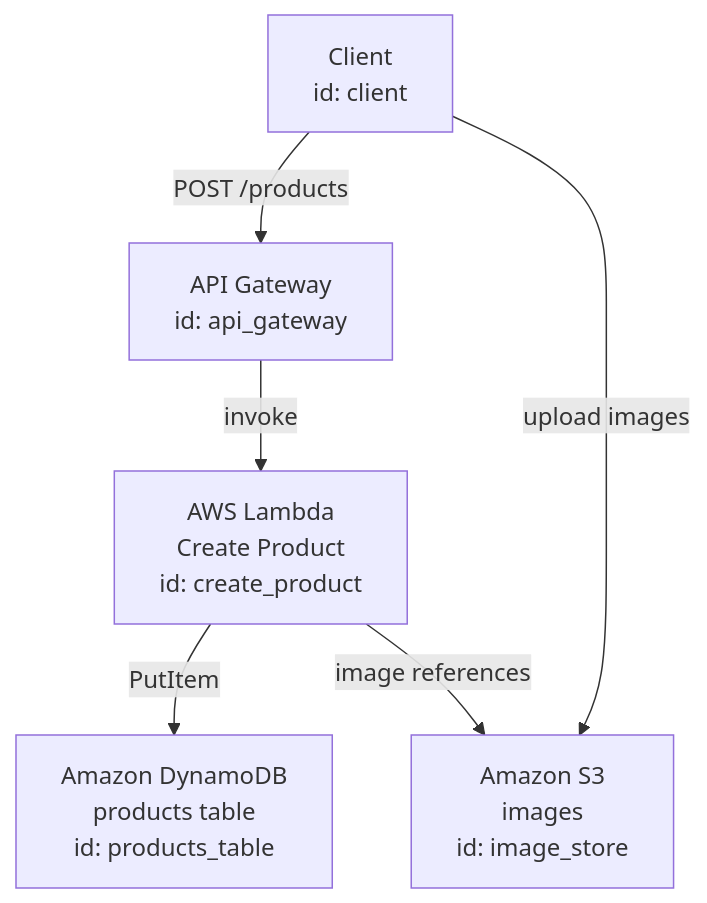
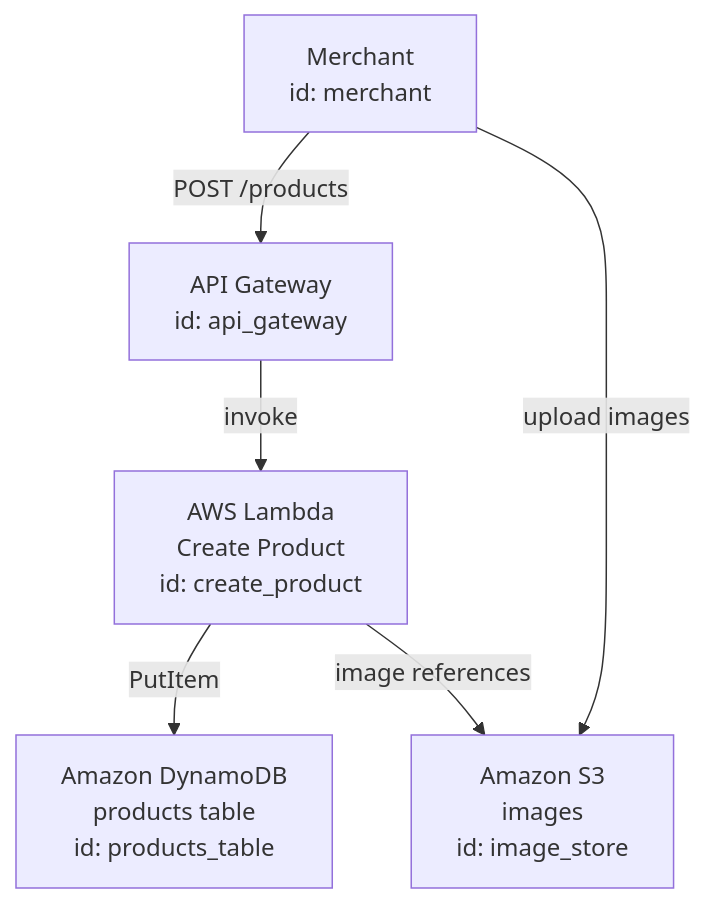
One commit to yamid-granda/aws-marketplace-study changed the diagram in diagrams/00-system.mmd. Above: the diagram before and after it, drawn with Mermaid. The commit also changed 3 other files, not shown here.

First line of the commit message:
diagrams: rename the caller from Client to Merchant

```diff
--- a/diagrams/00-system.mmd
+++ b/diagrams/00-system.mmd
@@ -1,31 +1,31 @@
 %% AWS Marketplace — system design flow.
 %% Ref: docs/system.md -> "Specified"
 %% 
 %% Create Product is the only feature so far, so the whole system design fits
 %% one diagram. When features are added, extend this file and split only once
 %% it stops being legible — see diagrams/README.md -> "When to split".
 %% 
 %% Provenance: solid = specified by the owner. Every node here is specified.
 %% If a future feature adds an undecided part, mark it with
 %%   classDef notspecified stroke-width:2px,stroke:#b45309,stroke-dasharray: 2 2
 %%   class that_node notspecified
 %% so a guess can never render as solid. See diagrams/README.md -> "Provenance".
 
 flowchart TB
 
-  client["Client<br/>id: client"]
+  merchant["Merchant<br/>id: merchant"]
 
   api_gateway["API Gateway<br/>id: api_gateway"]
 
   create_product["AWS Lambda<br/>Create Product<br/>id: create_product"]
 
   products_table["Amazon DynamoDB<br/>products table<br/>id: products_table"]
 
   image_store["Amazon S3<br/>images<br/>id: image_store"]
 
-  client -- "POST /products" --> api_gateway
+  merchant -- "POST /products" --> api_gateway
   api_gateway -- "invoke" --> create_product
   create_product -- "PutItem" --> products_table
 
-  client -- "upload images" --> image_store
+  merchant -- "upload images" --> image_store
   create_product -- "image references" --> image_store
```
